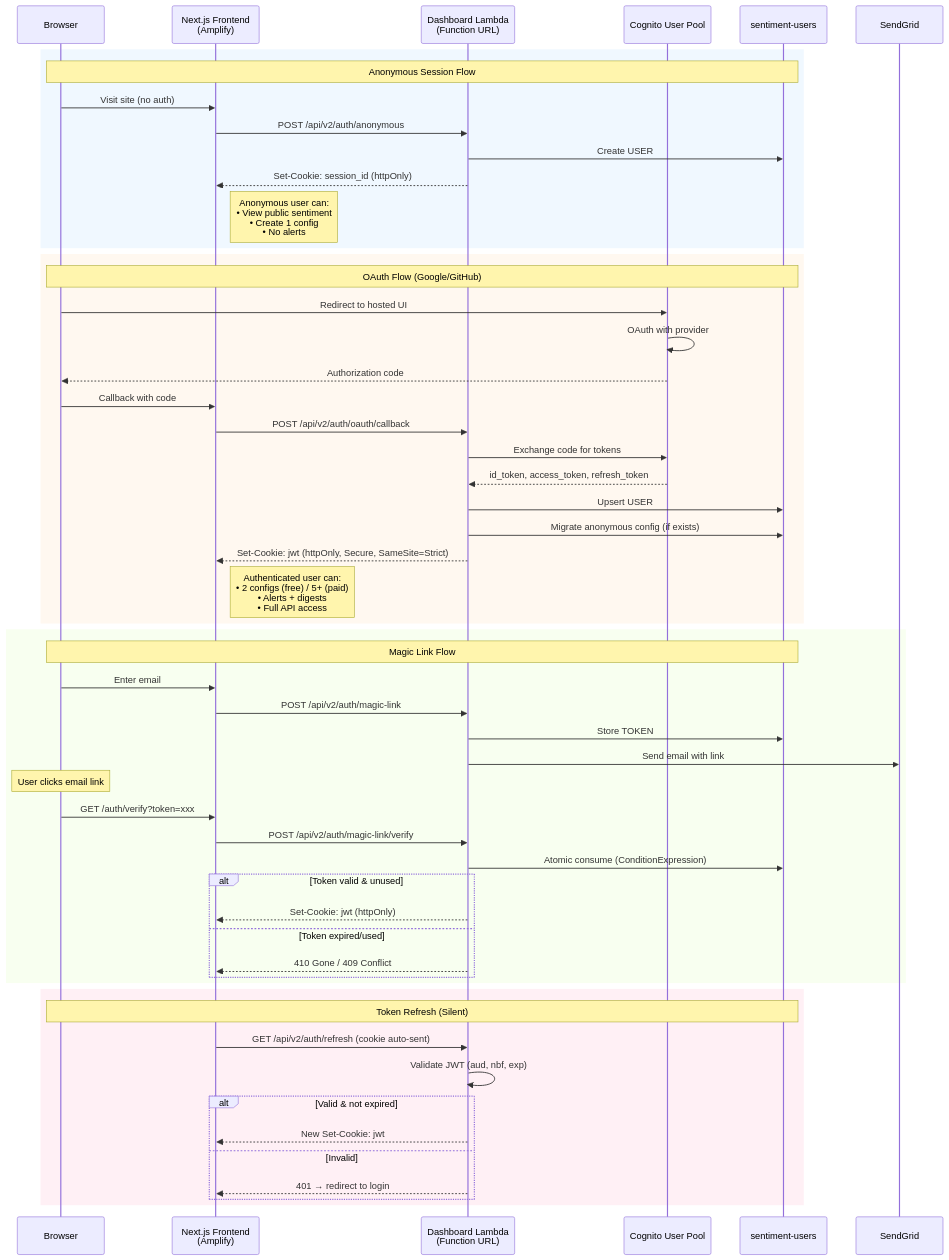
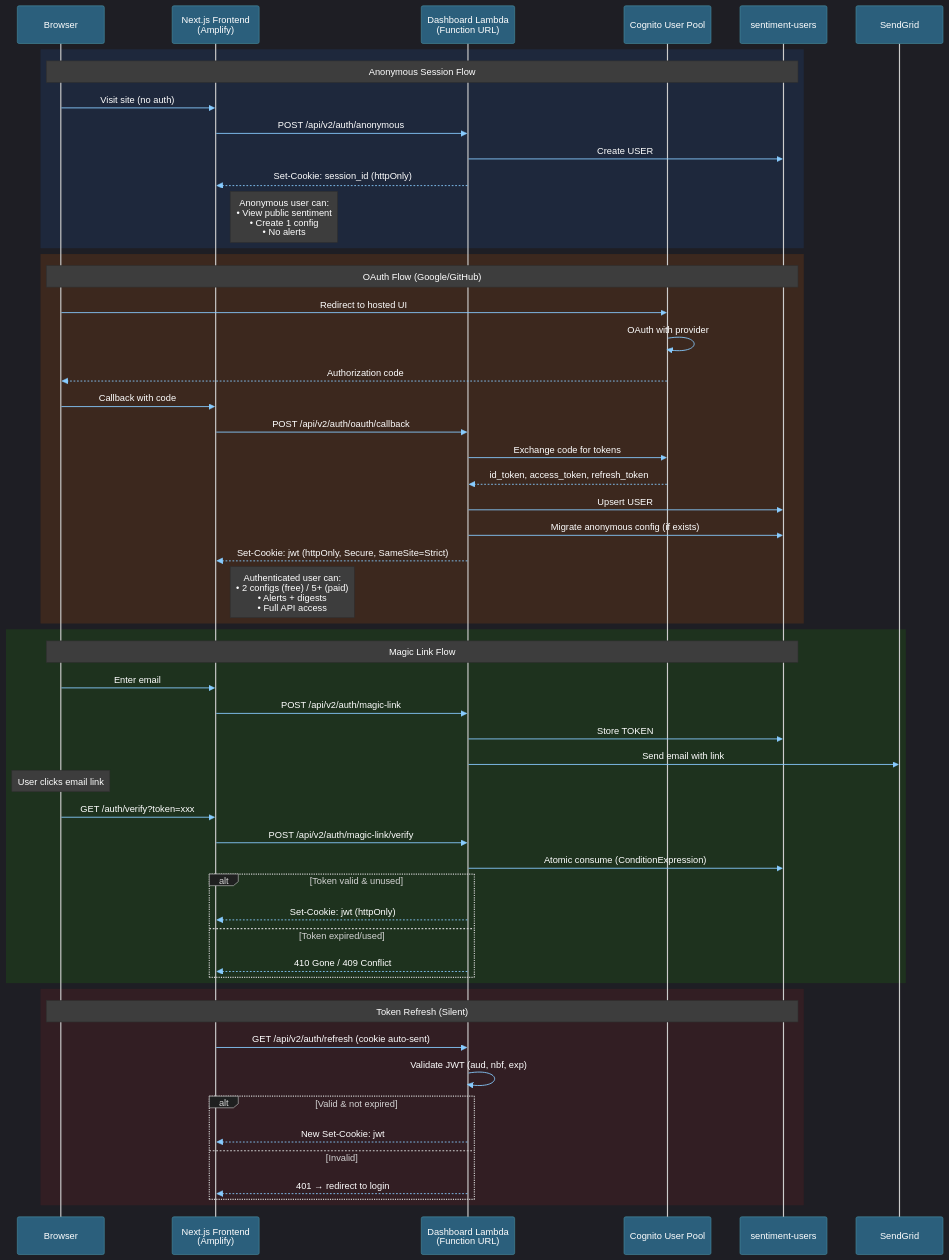
One commit to traylorre/sentiment-analyzer-gsk changed the fifth of 5 diagrams in README.md. Above: the diagram before and after it, drawn with Mermaid. The commit also changed other lines of this file and 2 other files, not shown here.

First line of the commit message:
feat(docs): Apply dark theme to mermaid diagrams for readability

````diff
--- a/README.md
+++ b/README.md
@@ -491,60 +495,61 @@
 ```mermaid
+%%{init: {"theme": "dark", "themeVariables": {"primaryColor": "#4A90A4", "lineColor": "#88CCFF", "primaryTextColor": "#FFFFFF", "actorTextColor": "#FFFFFF", "actorBkg": "#2B5F7C", "actorBorder": "#4A90A4", "signalColor": "#88CCFF", "signalTextColor": "#FFFFFF", "noteBkgColor": "#3D3D3D", "noteTextColor": "#FFFFFF", "activationBkgColor": "#2d2d2d"}}}%%
 sequenceDiagram
     participant Browser
     participant Frontend as Next.js Frontend<br/>(Amplify)
     participant Dashboard as Dashboard Lambda<br/>(Function URL)
     participant Cognito as Cognito User Pool
     participant Users as sentiment-users
 
-    rect rgb(240, 248, 255)
+    rect rgb(30, 40, 60)
         Note over Browser,Users: Anonymous Session Flow
         Browser->>Frontend: Visit site (no auth)
         Frontend->>Dashboard: POST /api/v2/auth/anonymous
         Dashboard->>Users: Create USER#{uuid}
         Dashboard-->>Frontend: Set-Cookie: session_id (httpOnly)
         Note right of Frontend: Anonymous user can:<br/>• View public sentiment<br/>• Create 1 config<br/>• No alerts
     end
 
-    rect rgb(255, 248, 240)
+    rect rgb(60, 40, 30)
         Note over Browser,Users: OAuth Flow (Google/GitHub)
         Browser->>Cognito: Redirect to hosted UI
         Cognito->>Cognito: OAuth with provider
         Cognito-->>Browser: Authorization code
         Browser->>Frontend: Callback with code
         Frontend->>Dashboard: POST /api/v2/auth/oauth/callback
         Dashboard->>Cognito: Exchange code for tokens
         Cognito-->>Dashboard: id_token, access_token, refresh_token
         Dashboard->>Users: Upsert USER#{cognito_sub}
         Dashboard->>Users: Migrate anonymous config (if exists)
         Dashboard-->>Frontend: Set-Cookie: jwt (httpOnly, Secure, SameSite=Strict)
         Note right of Frontend: Authenticated user can:<br/>• 2 configs (free) / 5+ (paid)<br/>• Alerts + digests<br/>• Full API access
     end
 
-    rect rgb(248, 255, 240)
+    rect rgb(30, 50, 30)
         Note over Browser,Users: Magic Link Flow
         Browser->>Frontend: Enter email
         Frontend->>Dashboard: POST /api/v2/auth/magic-link
         Dashboard->>Users: Store TOKEN#{random_256bit} (TTL: 15min)
         Dashboard->>SendGrid: Send email with link
         Note over Browser: User clicks email link
         Browser->>Frontend: GET /auth/verify?token=xxx
         Frontend->>Dashboard: POST /api/v2/auth/magic-link/verify
         Dashboard->>Users: Atomic consume (ConditionExpression)
         alt Token valid & unused
             Dashboard-->>Frontend: Set-Cookie: jwt (httpOnly)
         else Token expired/used
             Dashboard-->>Frontend: 410 Gone / 409 Conflict
         end
     end
 
-    rect rgb(255, 240, 245)
+    rect rgb(50, 30, 35)
         Note over Browser,Users: Token Refresh (Silent)
         Frontend->>Dashboard: GET /api/v2/auth/refresh (cookie auto-sent)
         Dashboard->>Dashboard: Validate JWT (aud, nbf, exp)
         alt Valid & not expired
             Dashboard-->>Frontend: New Set-Cookie: jwt
         else Invalid
             Dashboard-->>Frontend: 401 → redirect to login
         end
     end
 ```
````
